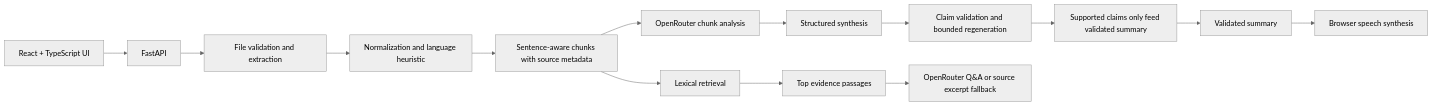
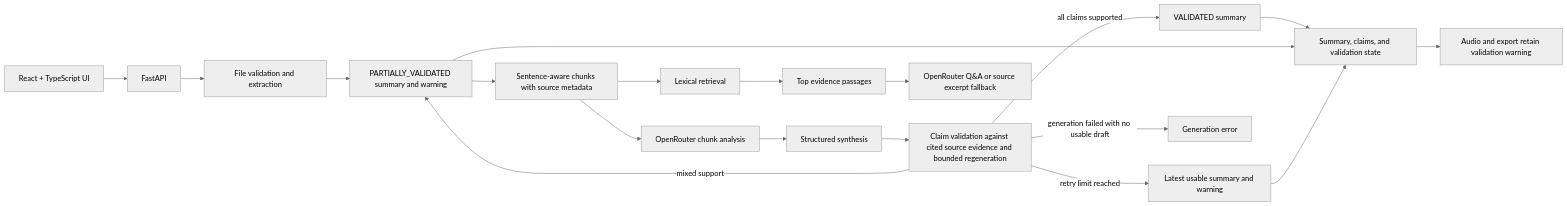
Before and after one commit to Gnanasai1234/ScribeBackup: the diagram in files-pasted-by-the-user-master2/architecture/architecture.md, drawn with Mermaid (neutral theme). The commit also changed other lines of this file and 68 other files, not shown here.

````diff
--- a/files-pasted-by-the-user-master2/architecture/architecture.md
+++ b/files-pasted-by-the-user-master2/architecture/architecture.md
@@ -3,16 +3,21 @@
 ```mermaid
 flowchart LR
   U[React + TypeScript UI] --> A[FastAPI]
   A --> I[File validation and extraction]
   I --> P[Normalization and language heuristic]
   P --> C[Sentence-aware chunks with source metadata]
   C --> R[Lexical retrieval]
   C --> M[OpenRouter chunk analysis]
   M --> S[Structured synthesis]
-  S --> V[Claim validation and bounded regeneration]
-  V --> Q[Supported claims only feed validated summary]
-  Q --> O[Validated summary]
-  O --> T[Browser speech synthesis]
+  S --> V[Claim validation against cited source evidence and bounded regeneration]
+  V -->|all claims supported| Q[VALIDATED summary]
+  V -->|mixed support| P[PARTIALLY_VALIDATED summary and warning]
+  V -->|retry limit reached| F[Latest usable summary and warning]
+  V -->|generation failed with no usable draft| E[Generation error]
+  Q --> O[Summary, claims, and validation state]
+  P --> O
+  F --> O
+  O --> T[Audio and export retain validation warning]
   R --> QE[Top evidence passages]
   QE --> QA[OpenRouter Q&A or source excerpt fallback]
 ```
````
